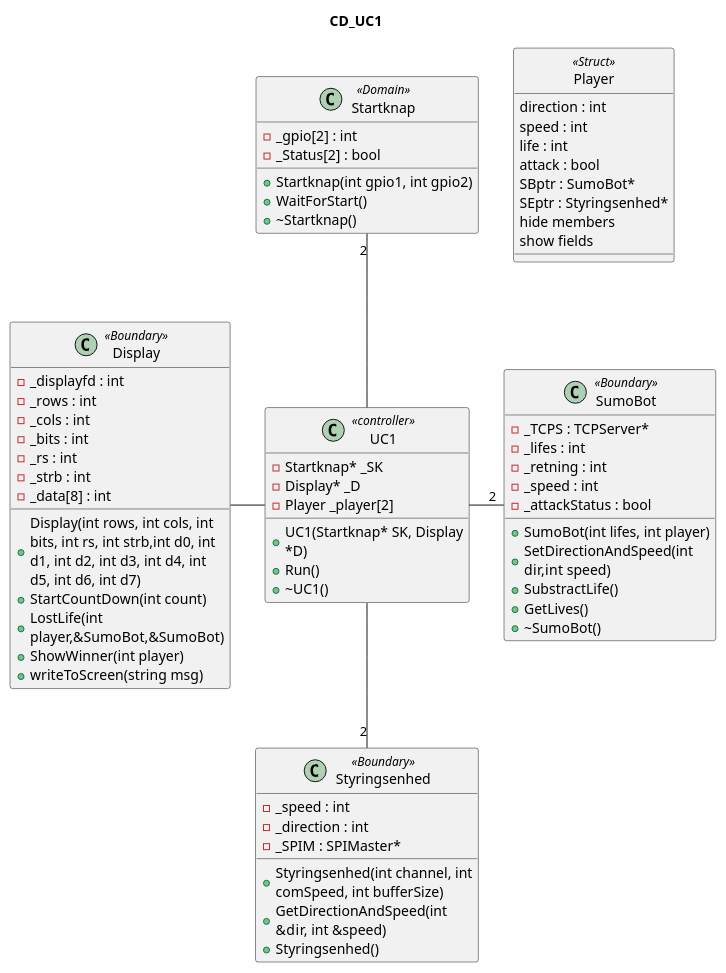
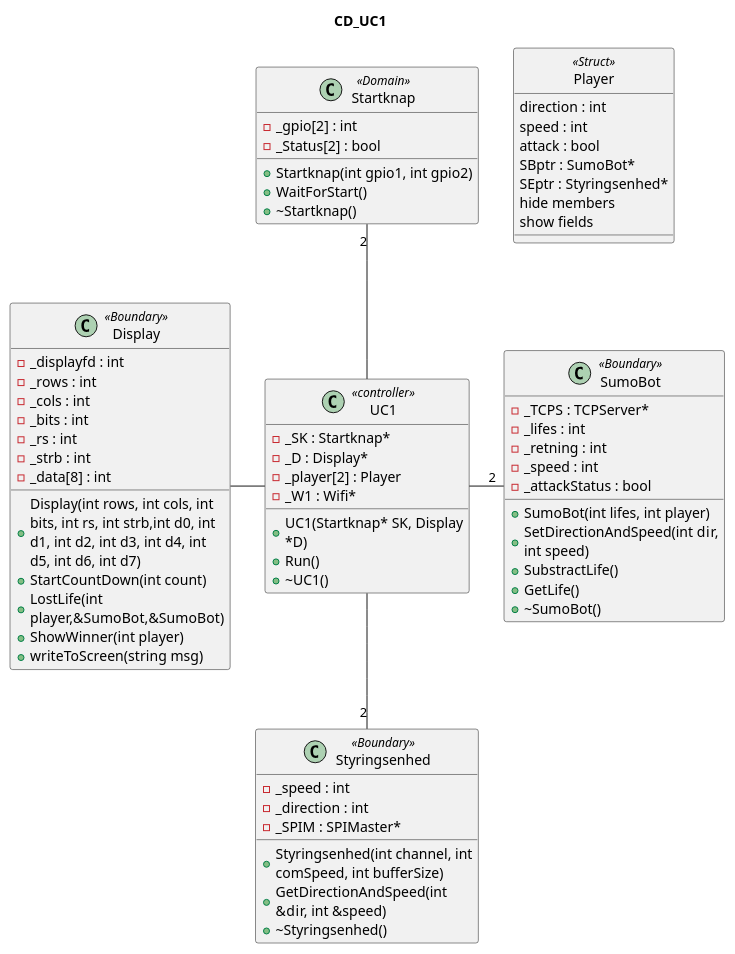
Before and after one commit to Solvgraa-mager/E3PRJ3: the diagram in Diagrammer/CentralComputer/ClassDiagram/ClassDiagram.plantuml, drawn with PlantUML. The commit also changed 501 other files, not shown here.

```diff
--- a/Diagrammer/CentralComputer/ClassDiagram/ClassDiagram.plantuml
+++ b/Diagrammer/CentralComputer/ClassDiagram/ClassDiagram.plantuml
@@ -1,78 +1,78 @@
 @startuml
 title CD_UC1
 
 skinparam wrapWidth 200
 
 class UC1 <<controller>>{
     +UC1(Startknap* SK, Display *D)
     +Run()
     +~UC1()
-    -Startknap* _SK
-    -Display* _D
-    -Player _player[2]
+    - _SK : Startknap* 
+    - _D : Display*
+    - _player[2] : Player
+    - _W1 : Wifi*
 }
 
 class Startknap <<Domain>>{
 -_gpio[2] : int
 -_Status[2] : bool
 +Startknap(int gpio1, int gpio2)
 +WaitForStart()
 +~Startknap()
 
 }
 
 class Display<<Boundary>>{
     +Display(int rows, int cols, int bits, int rs, int strb,int d0, int d1, int d2, int d3, int d4, int d5, int d6, int d7)
     +StartCountDown(int count)
     +LostLife(int player,&SumoBot,&SumoBot)
     +ShowWinner(int player)
     +writeToScreen(string msg)
     - _displayfd : int
 	- _rows : int
 	- _cols : int
 	- _bits : int
 	- _rs : int
 	- _strb : int
 	- _data[8] : int
 }
 
 class SumoBot <<Boundary>>{
     - _TCPS : TCPServer*
     - _lifes : int
     -_retning : int
     -_speed : int
     -_attackStatus : bool
 
     +SumoBot(int lifes, int player)
-    +SetDirectionAndSpeed(int dir,int speed)
+    +SetDirectionAndSpeed(int dir, int speed)
     +SubstractLife()
-    +GetLives()
+    +GetLife()
     +~SumoBot()
 }
 class Styringsenhed <<Boundary>>{
     -_speed : int
     -_direction : int
     -_SPIM : SPIMaster* 
     +Styringsenhed(int channel, int comSpeed, int bufferSize)
     +GetDirectionAndSpeed(int &dir, int &speed)
-    +Styringsenhed()
+    +~Styringsenhed()
 }
 
 class Player <<Struct>> {
 direction : int
 speed : int
-life : int
 attack : bool 
 SBptr : SumoBot*
 SEptr : Styringsenhed*
 hide members
 show fields
 }
 hide <<Struct>> circle
 
 Startknap"2" -- UC1
 UC1 -- "2"Styringsenhed
 UC1 - "2"SumoBot
 Display - UC1
 
 @enduml
```
